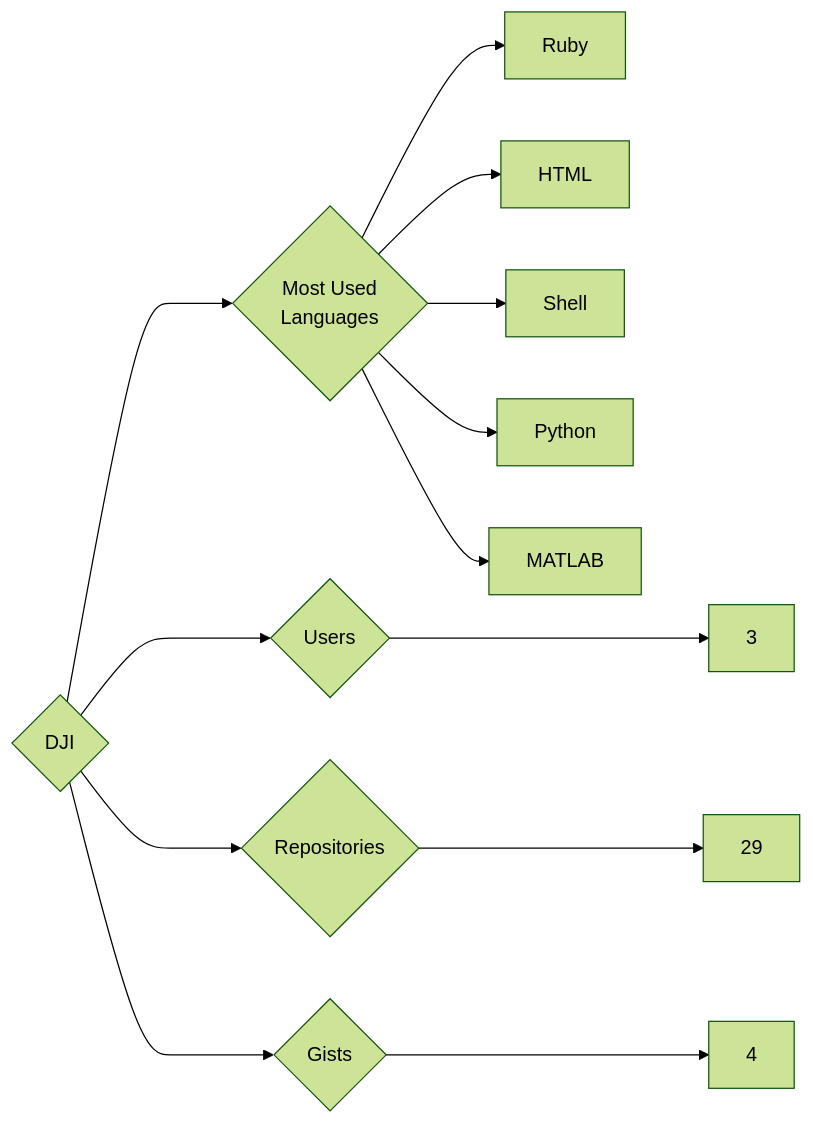
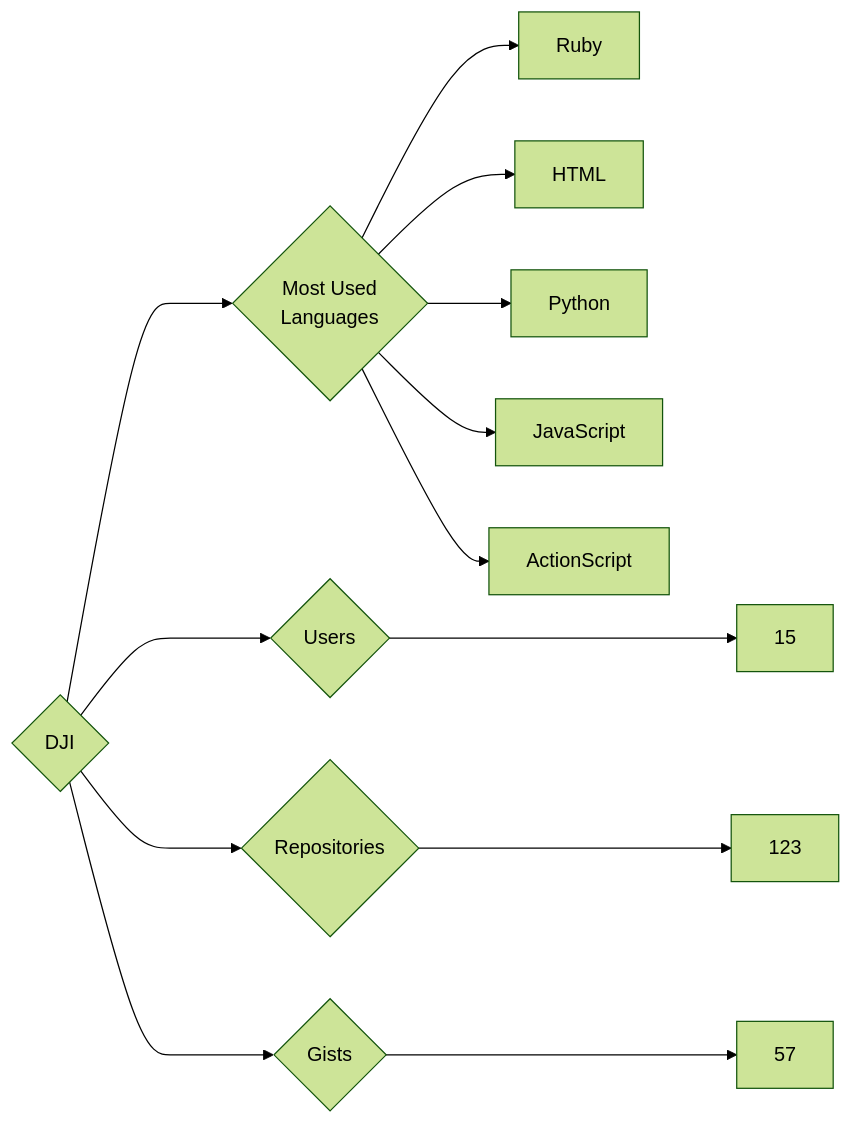
One commit to trickest/insiders changed the diagram in targets/DJI/README.md. Above: the diagram before and after it, drawn with Mermaid (forest theme). The commit also changed 914 other files, not shown here.

````diff
--- a/targets/DJI/README.md
+++ b/targets/DJI/README.md
@@ -3,13 +3,13 @@
 ```mermaid
 graph LR
 COMPANY_NAME{DJI}
-COMPANY_NAME ---> U{Users} ---> UN[3]
-COMPANY_NAME ---> R{Repositories} ---> RN[29]
-COMPANY_NAME ---> G{Gists} ---> GN[4]
+COMPANY_NAME ---> U{Users} ---> UN[15]
+COMPANY_NAME ---> R{Repositories} ---> RN[123]
+COMPANY_NAME ---> G{Gists} ---> GN[57]
 COMPANY_NAME ---> ML{Most Used<br>Languages}
 ML --> Ruby[Ruby]
 ML --> HTML[HTML]
-ML --> Shell[Shell]
 ML --> Python[Python]
-ML --> MATLAB[MATLAB]
+ML --> JavaScript[JavaScript]
+ML --> ActionScript[ActionScript]
 ```
````
